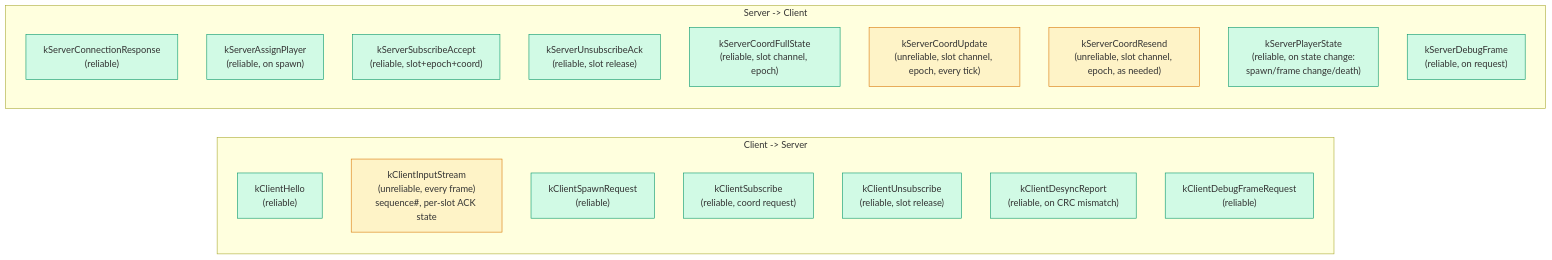
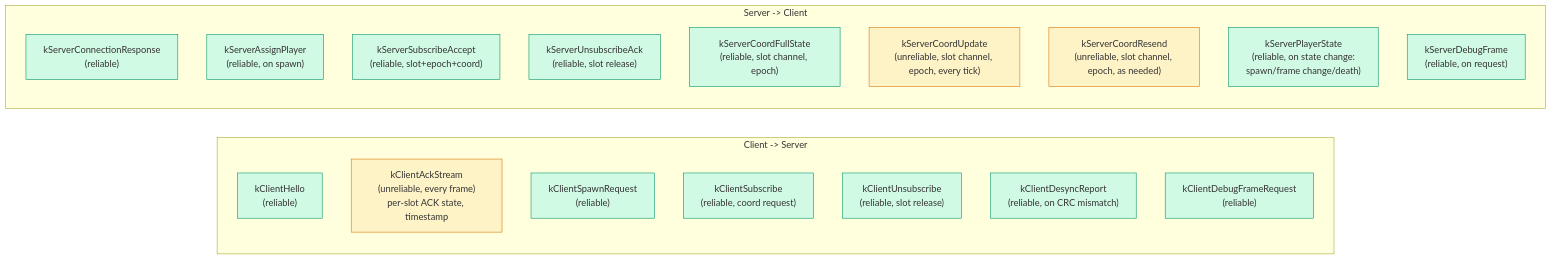
One commit to DougTanner/BrokenEnginePublic changed the fourth of 6 diagrams in Documents/Architecture/Network.md. Above: the diagram before and after it, drawn with Mermaid. The commit also changed other lines of this file and 222 other files, not shown here.

````diff
--- a/Documents/Architecture/Network.md
+++ b/Documents/Architecture/Network.md
@@ -133,31 +133,31 @@
 ```mermaid
 %%{init: {'theme': 'default'}}%%
 graph LR
     classDef reliable fill:#d1fae5,stroke:#059669
     classDef unreliable fill:#fef3c7,stroke:#d97706
     classDef clientPkt fill:#dbeafe,stroke:#3b82f6
     classDef serverPkt fill:#fee2e2,stroke:#ef4444
 
     subgraph client_to_server ["Client -> Server"]
         kClientHello["kClientHello<br/>(reliable)"]:::reliable
-        kClientInputStream["kClientInputStream<br/>(unreliable, every frame)<br/>sequence#, per-slot ACK state"]:::unreliable
+        kClientAckStream["kClientAckStream<br/>(unreliable, every frame)<br/>per-slot ACK state, timestamp"]:::unreliable
         kClientSpawnRequest["kClientSpawnRequest<br/>(reliable)"]:::reliable
         kClientSubscribe["kClientSubscribe<br/>(reliable, coord request)"]:::reliable
         kClientUnsubscribe["kClientUnsubscribe<br/>(reliable, slot release)"]:::reliable
         kClientDesyncReport["kClientDesyncReport<br/>(reliable, on CRC mismatch)"]:::reliable
         kClientDebugFrameRequest["kClientDebugFrameRequest<br/>(reliable)"]:::reliable
     end
 
     subgraph server_to_client ["Server -> Client"]
         kServerConnectionResponse["kServerConnectionResponse<br/>(reliable)"]:::reliable
         kServerAssignPlayer["kServerAssignPlayer<br/>(reliable, on spawn)"]:::reliable
         kServerSubscribeAccept["kServerSubscribeAccept<br/>(reliable, slot+epoch+coord)"]:::reliable
         kServerUnsubscribeAck["kServerUnsubscribeAck<br/>(reliable, slot release)"]:::reliable
         kServerCoordFullState["kServerCoordFullState<br/>(reliable, slot channel, epoch)"]:::reliable
         kServerCoordUpdate["kServerCoordUpdate<br/>(unreliable, slot channel, epoch, every tick)"]:::unreliable
         kServerCoordResend["kServerCoordResend<br/>(unreliable, slot channel, epoch, as needed)"]:::unreliable
         kServerPlayerState["kServerPlayerState<br/>(reliable, on state change:<br/>spawn/frame change/death)"]:::reliable
         kServerPlayerState["kServerPlayerState<br/>(reliable, on state change:<br/>spawn/frame change/death)"]:::reliable
         kServerDebugFrame["kServerDebugFrame<br/>(reliable, on request)"]:::reliable
     end
 ```
````
